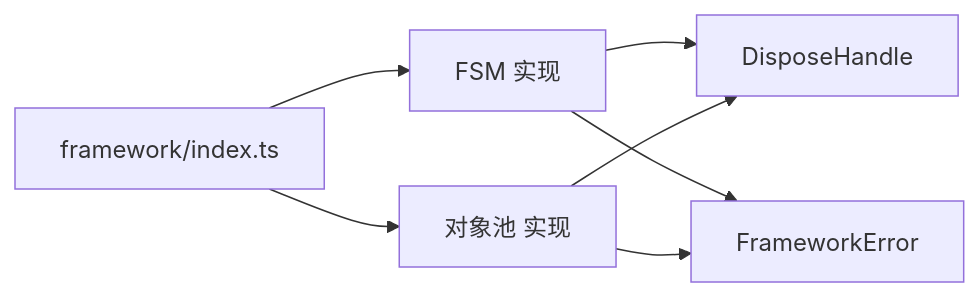
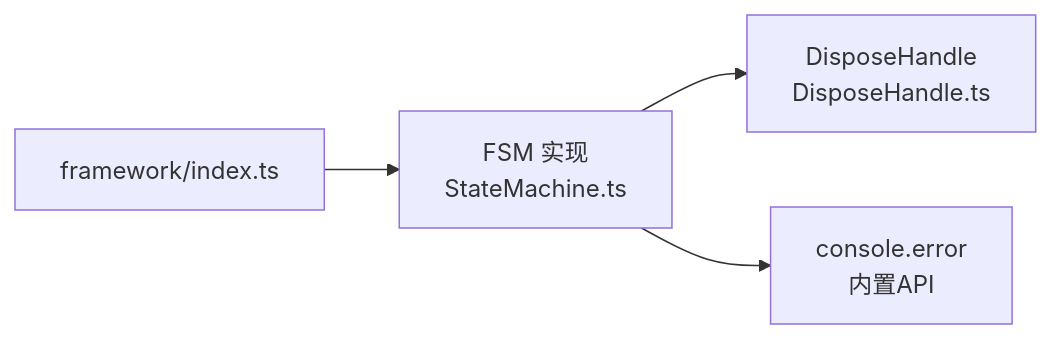
The fifth of 5 diagrams in .qoder/repowiki/zh/content/开发指南/开发流程/FSM与对象池规范.md (leviseek/ai-game-kit), drawn with Mermaid before and after one commit. The commit also changed other lines of this file and 3 other files, not shown here.

````diff
--- a/.qoder/repowiki/zh/content/开发指南/开发流程/FSM与对象池规范.md
+++ b/.qoder/repowiki/zh/content/开发指南/开发流程/FSM与对象池规范.md
@@ -224,9 +254,6 @@
 ```mermaid
 graph LR
-FSM["FSM 实现"] --> DH["DisposeHandle"]
-Pool["对象池 实现"] --> DH
-FSM --> FE["FrameworkError"]
-Pool --> FE
+FSM["FSM 实现<br/>StateMachine.ts"] --> DH["DisposeHandle<br/>DisposeHandle.ts"]
+FSM --> Console["console.error<br/>内置API"]
 Index["framework/index.ts"] --> FSM
-Index --> Pool
 ```
````
